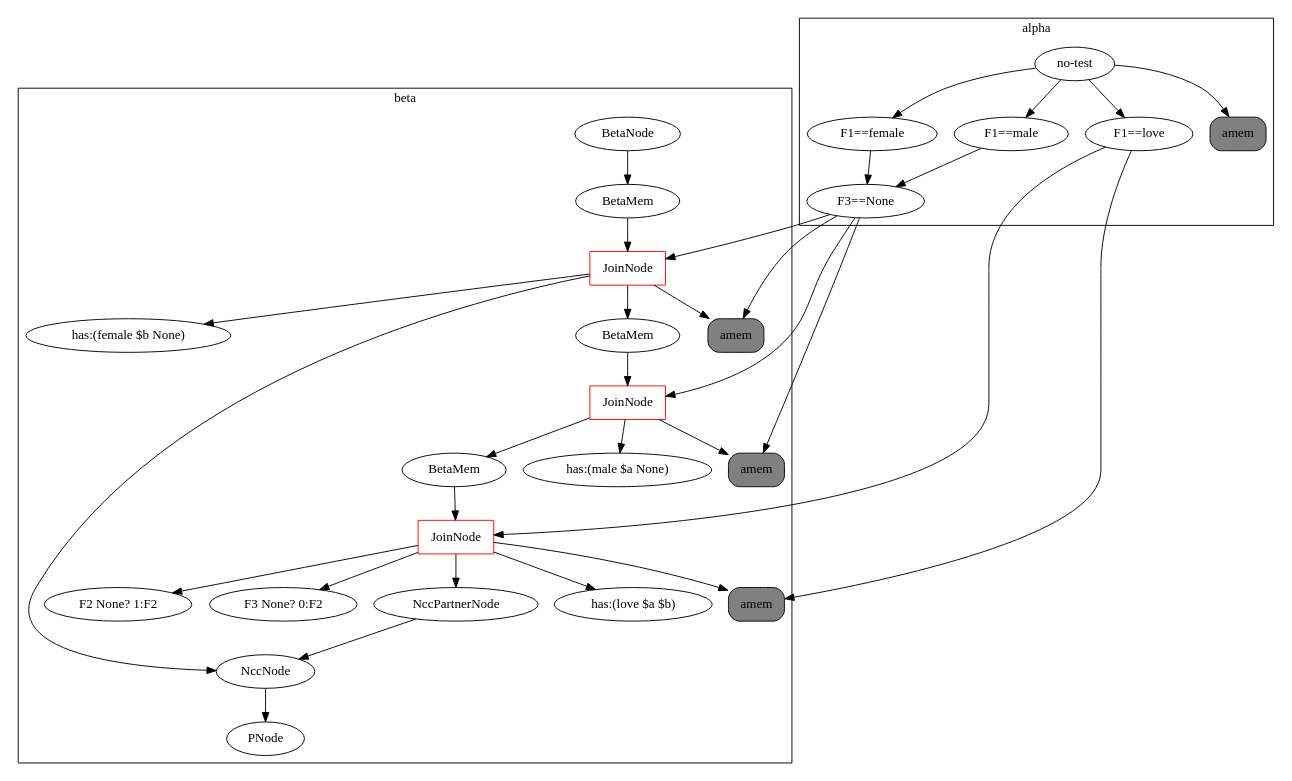
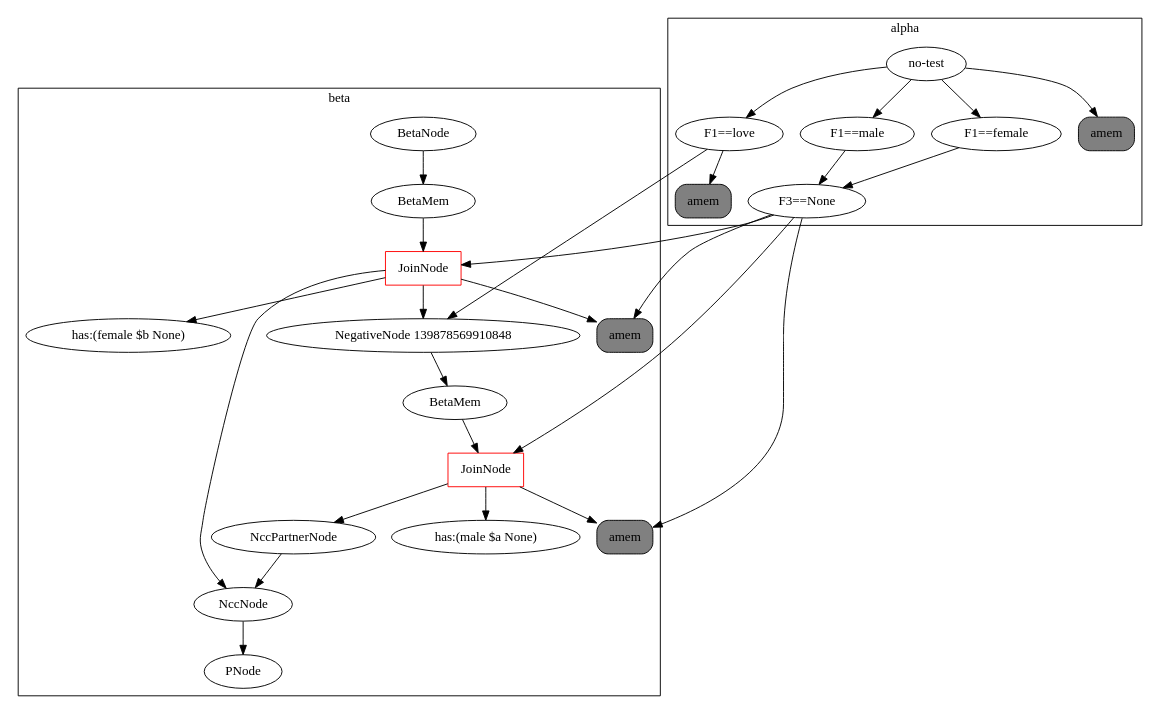
Before and after one commit to Cybernetic1/GIRL: the diagram in rete.dot, drawn with Graphviz. The commit also changed 3 other files, not shown here.

```diff
--- a/rete.dot
+++ b/rete.dot
@@ -1,52 +1,45 @@
 digraph {
 	subgraph cluster_1 {
 	label = beta
-	"BetaNode 139689726815816" [label="BetaNode"];
-	"BetaNode 139689726815816" -> "BetaMemory 139689726934320";
-	"BetaMemory 139689726934320" [label="BetaMem"];
-	"BetaMemory 139689726934320" -> "JoinNode 139689726934600";
-	"JoinNode 139689726934600" [shape=box, color=red, label="JoinNode"];
-	"JoinNode 139689726934600" -> "amem:<rete.alpha.AlphaMemory object at 0x7f0c0c8d7e10>"
-	"JoinNode 139689726934600" -> "has:(female $b None)"
-	"JoinNode 139689726934600" -> "BetaMemory 139689726934712";
-	"BetaMemory 139689726934712" [label="BetaMem"];
-	"BetaMemory 139689726934712" -> "JoinNode 139689726934936";
-	"JoinNode 139689726934936" [shape=box, color=red, label="JoinNode"];
-	"JoinNode 139689726934936" -> "amem:<rete.alpha.AlphaMemory object at 0x7f0c0c8d7f60>"
-	"JoinNode 139689726934936" -> "has:(male $a None)"
-	"JoinNode 139689726934936" -> "BetaMemory 139689726934992";
-	"BetaMemory 139689726934992" [label="BetaMem"];
-	"BetaMemory 139689726934992" -> "JoinNode 139689726980392";
-	"JoinNode 139689726980392" [shape=box, color=red, label="JoinNode"];
-	"JoinNode 139689726980392" -> "amem:<rete.alpha.AlphaMemory object at 0x7f0c0c8e3080>"
-	"JoinNode 139689726980392" -> "has:(love $a $b)"
-	"JoinNode 139689726980392" -> "F2 None? 1:F2"
-	"JoinNode 139689726980392" -> "F3 None? 0:F2"
-	"JoinNode 139689726980392" -> "<rete.ncc_node.NccPartnerNode object at 0x7f0c0c8e3160>";
-	"<rete.ncc_node.NccPartnerNode object at 0x7f0c0c8e3160>" [label="NccPartnerNode"];
-	"<rete.ncc_node.NccPartnerNode object at 0x7f0c0c8e3160>" -> "<rete.ncc_node.NccNode object at 0x7f0c0c8d7e80>";
-	"JoinNode 139689726934600" -> "<rete.ncc_node.NccNode object at 0x7f0c0c8d7e80>";
-	"<rete.ncc_node.NccNode object at 0x7f0c0c8d7e80>" [label="NccNode"];
-	"<rete.ncc_node.NccNode object at 0x7f0c0c8d7e80>" -> "PNode 139689726934264";
-	"PNode 139689726934264" [label="PNode"];
+	"BetaNode 139878569774888" [label="BetaNode"];
+	"BetaNode 139878569774888" -> "BetaMemory 139878569873360";
+	"BetaMemory 139878569873360" [label="BetaMem"];
+	"BetaMemory 139878569873360" -> "JoinNode 139878569910568";
+	"JoinNode 139878569910568" [shape=box, color=red, label="JoinNode"];
+	"JoinNode 139878569910568" -> "amem:<rete.alpha.AlphaMemory object at 0x7f380478a0f0>"
+	"JoinNode 139878569910568" -> "has:(female $b None)"
+	"JoinNode 139878569910568" -> "NegativeNode 139878569910848";
+	"NegativeNode 139878569910848" -> "BetaMemory 139878569910904";
+	"BetaMemory 139878569910904" [label="BetaMem"];
+	"BetaMemory 139878569910904" -> "JoinNode 139878569911128";
+	"JoinNode 139878569911128" [shape=box, color=red, label="JoinNode"];
+	"JoinNode 139878569911128" -> "amem:<rete.alpha.AlphaMemory object at 0x7f380478a320>"
+	"JoinNode 139878569911128" -> "has:(male $a None)"
+	"JoinNode 139878569911128" -> "<rete.ncc_node.NccPartnerNode object at 0x7f380478a390>";
+	"<rete.ncc_node.NccPartnerNode object at 0x7f380478a390>" [label="NccPartnerNode"];
+	"<rete.ncc_node.NccPartnerNode object at 0x7f380478a390>" -> "<rete.ncc_node.NccNode object at 0x7f380478a160>";
+	"JoinNode 139878569910568" -> "<rete.ncc_node.NccNode object at 0x7f380478a160>";
+	"<rete.ncc_node.NccNode object at 0x7f380478a160>" [label="NccNode"];
+	"<rete.ncc_node.NccNode object at 0x7f380478a160>" -> "PNode 139878569873304";
+	"PNode 139878569873304" [label="PNode"];
 	}
 	subgraph cluster_0 {
 	label = alpha
 	"no-test" -> "F1==female";
 	"F1==female" -> "F3==None";
-	"F3==None" -> "amem:<rete.alpha.AlphaMemory object at 0x7f0c0c8d7e10>";
-	"amem:<rete.alpha.AlphaMemory object at 0x7f0c0c8d7e10>" [shape=box, style="rounded,filled", label="amem", fillcolor=gray];
+	"F3==None" -> "amem:<rete.alpha.AlphaMemory object at 0x7f380478a0f0>";
+	"amem:<rete.alpha.AlphaMemory object at 0x7f380478a0f0>" [shape=box, style="rounded,filled", label="amem", fillcolor=gray];
+	"no-test" -> "F1==love";
+	"F1==love" -> "amem:<rete.alpha.AlphaMemory object at 0x7f380478a1d0>";
+	"amem:<rete.alpha.AlphaMemory object at 0x7f380478a1d0>" [shape=box, style="rounded,filled", label="amem", fillcolor=gray];
 	"no-test" -> "F1==male";
 	"F1==male" -> "F3==None";
-	"F3==None" -> "amem:<rete.alpha.AlphaMemory object at 0x7f0c0c8d7f60>";
-	"amem:<rete.alpha.AlphaMemory object at 0x7f0c0c8d7f60>" [shape=box, style="rounded,filled", label="amem", fillcolor=gray];
-	"no-test" -> "F1==love";
-	"F1==love" -> "amem:<rete.alpha.AlphaMemory object at 0x7f0c0c8e3080>";
-	"amem:<rete.alpha.AlphaMemory object at 0x7f0c0c8e3080>" [shape=box, style="rounded,filled", label="amem", fillcolor=gray];
-	"no-test" -> "amem:<rete.alpha.AlphaMemory object at 0x7f0c0c8bacc0>";
-	"amem:<rete.alpha.AlphaMemory object at 0x7f0c0c8bacc0>" [shape=box, style="rounded,filled", label="amem", fillcolor=gray];
+	"F3==None" -> "amem:<rete.alpha.AlphaMemory object at 0x7f380478a320>";
+	"amem:<rete.alpha.AlphaMemory object at 0x7f380478a320>" [shape=box, style="rounded,filled", label="amem", fillcolor=gray];
+	"no-test" -> "amem:<rete.alpha.AlphaMemory object at 0x7f3804768e48>";
+	"amem:<rete.alpha.AlphaMemory object at 0x7f3804768e48>" [shape=box, style="rounded,filled", label="amem", fillcolor=gray];
 	}
-	"F3==None" -> "JoinNode 139689726934600";
-	"F3==None" -> "JoinNode 139689726934936";
-	"F1==love" -> "JoinNode 139689726980392";
+	"F3==None" -> "JoinNode 139878569910568";
+	"F1==love" -> "NegativeNode 139878569910848";
+	"F3==None" -> "JoinNode 139878569911128";
 }
```
